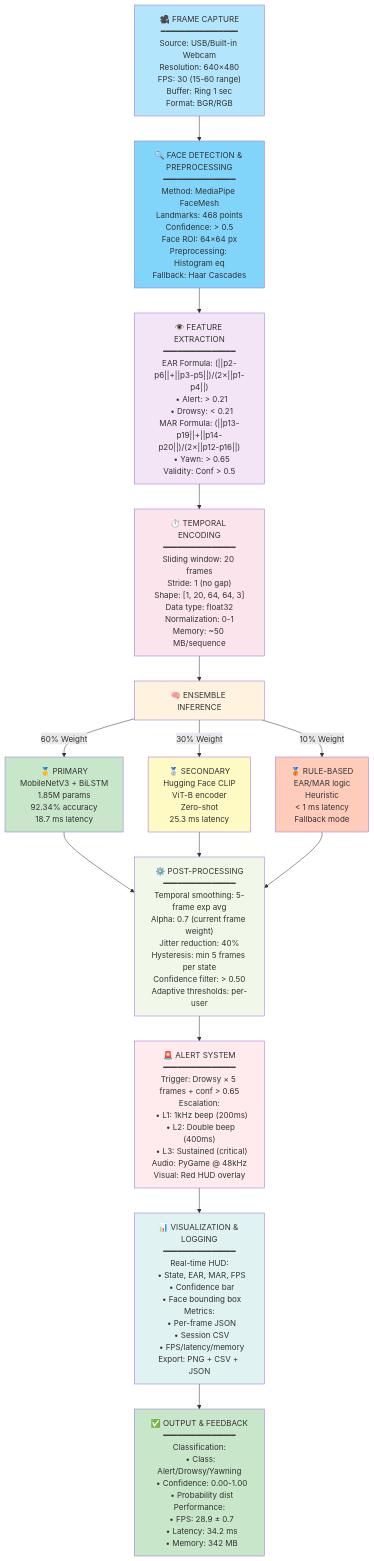
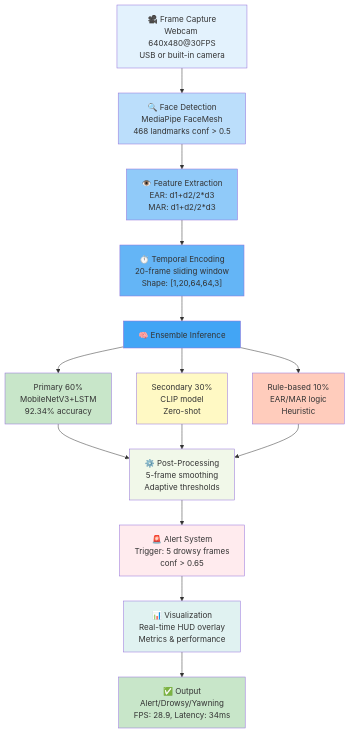
The first of 3 diagrams in README.md (umangjzx/Driver_drowsiness_prediction), drawn with Mermaid before and after one commit. The commit also changed other lines of this file, not shown here.

````diff
--- a/README.md
+++ b/README.md
@@ -104,38 +104,37 @@
 ```mermaid
 graph TD
-    A["🎥 FRAME CAPTURE<br/>━━━━━━━━━━━━━━━━<br/>Source: USB/Built-in Webcam<br/>Resolution: 640×480<br/>FPS: 30 (15-60 range)<br/>Buffer: Ring 1 sec<br/>Format: BGR/RGB"] 
+    A["🎥 Frame Capture<br/>Webcam 640x480@30FPS<br/>USB or built-in camera"]
+    B["🔍 Face Detection<br/>MediaPipe FaceMesh<br/>468 landmarks conf > 0.5"]
+    C["👁️ Feature Extraction<br/>EAR: d1+d2/2*d3<br/>MAR: d1+d2/2*d3"]
+    D["⏱️ Temporal Encoding<br/>20-frame sliding window<br/>Shape: [1,20,64,64,3]"]
+    E["🧠 Ensemble Inference"]
+    E1["Primary 60%<br/>MobileNetV3+LSTM<br/>92.34% accuracy"]
+    E2["Secondary 30%<br/>CLIP model<br/>Zero-shot"]
+    E3["Rule-based 10%<br/>EAR/MAR logic<br/>Heuristic"]
+    F["⚙️ Post-Processing<br/>5-frame smoothing<br/>Adaptive thresholds"]
+    G["🚨 Alert System<br/>Trigger: 5 drowsy frames<br/>conf > 0.65"]
+    H["📊 Visualization<br/>Real-time HUD overlay<br/>Metrics & performance"]
+    I["✅ Output<br/>Alert/Drowsy/Yawning<br/>FPS: 28.9, Latency: 34ms"]
     
-    A --> B["🔍 FACE DETECTION & PREPROCESSING<br/>━━━━━━━━━━━━━━━<br/>Method: MediaPipe FaceMesh<br/>Landmarks: 468 points<br/>Confidence: > 0.5<br/>Face ROI: 64×64 px<br/>Preprocessing: Histogram eq<br/>Fallback: Haar Cascades"]
-    
-    B --> C["👁️ FEATURE EXTRACTION<br/>━━━━━━━━━━━━━━━<br/>EAR Formula: (||p2-p6||+||p3-p5||)/(2×||p1-p4||)<br/>  • Alert: > 0.21<br/>  • Drowsy: < 0.21<br/>MAR Formula: (||p13-p19||+||p14-p20||)/(2×||p12-p16||)<br/>  • Yawn: > 0.65<br/>Validity: Conf > 0.5"]
-    
-    C --> D["⏱️ TEMPORAL ENCODING<br/>━━━━━━━━━━━━━━━<br/>Sliding window: 20 frames<br/>Stride: 1 (no gap)<br/>Shape: [1, 20, 64, 64, 3]<br/>Data type: float32<br/>Normalization: 0-1<br/>Memory: ~50 MB/sequence"]
-    
-    D --> E["🧠 ENSEMBLE INFERENCE"]
-    E -->|60% Weight| E1["🥇 PRIMARY<br/>MobileNetV3 + BiLSTM<br/>1.85M params<br/>92.34% accuracy<br/>18.7 ms latency"]
-    E -->|30% Weight| E2["🥈 SECONDARY<br/>Hugging Face CLIP<br/>ViT-B encoder<br/>Zero-shot<br/>25.3 ms latency"]
-    E -->|10% Weight| E3["🥉 RULE-BASED<br/>EAR/MAR logic<br/>Heuristic<br/>< 1 ms latency<br/>Fallback mode"]
-    
-    E1 --> F["⚙️ POST-PROCESSING<br/>━━━━━━━━━━━━━━━<br/>Temporal smoothing: 5-frame exp avg<br/>Alpha: 0.7 (current frame weight)<br/>Jitter reduction: 40%<br/>Hysteresis: min 5 frames per state<br/>Confidence filter: > 0.50<br/>Adaptive thresholds: per-user"]
+    A --> B --> C --> D --> E
+    E --> E1
+    E --> E2
+    E --> E3
+    E1 --> F
     E2 --> F
     E3 --> F
+    F --> G --> H --> I
     
-    F --> G["🚨 ALERT SYSTEM<br/>━━━━━━━━━━━━━━━<br/>Trigger: Drowsy × 5 frames + conf > 0.65<br/>Escalation:<br/>  • L1: 1kHz beep (200ms)<br/>  • L2: Double beep (400ms)<br/>  • L3: Sustained (critical)<br/>Audio: PyGame @ 48kHz<br/>Visual: Red HUD overlay"]
-    
-    G --> H["📊 VISUALIZATION & LOGGING<br/>━━━━━━━━━━━━━━━<br/>Real-time HUD:<br/>  • State, EAR, MAR, FPS<br/>  • Confidence bar<br/>  • Face bounding box<br/>Metrics:<br/>  • Per-frame JSON<br/>  • Session CSV<br/>  • FPS/latency/memory<br/>Export: PNG + CSV + JSON"]
-    
-    H --> I["✅ OUTPUT & FEEDBACK<br/>━━━━━━━━━━━━━━━<br/>Classification:<br/>  • Class: Alert/Drowsy/Yawning<br/>  • Confidence: 0.00-1.00<br/>  • Probability dist<br/>Performance:<br/>  • FPS: 28.9 ± 0.7<br/>  • Latency: 34.2 ms<br/>  • Memory: 342 MB"]
-    
-    style A fill:#b3e5fc
-    style B fill:#81d4fa
-    style C fill:#f3e5f5
-    style D fill:#fce4ec
-    style E fill:#fff3e0
+    style A fill:#e3f2fd
+    style B fill:#bbdefb
+    style C fill:#90caf9
+    style D fill:#64b5f6
+    style E fill:#42a5f5
     style E1 fill:#c8e6c9
     style E2 fill:#fff9c4
     style E3 fill:#ffccbc
     style F fill:#f1f8e9
     style G fill:#ffebee
     style H fill:#e0f2f1
     style I fill:#c8e6c9
 ```
````
